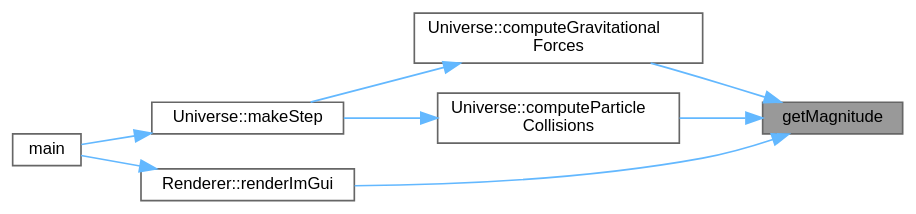
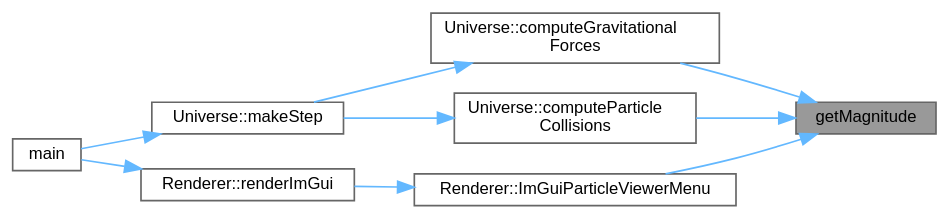
Before and after one commit to Kojittsu/Particles_Simulation: the diagram in docs/array_8cpp_a0937c26777921806631f5150d92e03f8_icgraph.dot, drawn with Graphviz. The commit also changed 55 other files, not shown here.

```diff
--- a/docs/array_8cpp_a0937c26777921806631f5150d92e03f8_icgraph.dot
+++ b/docs/array_8cpp_a0937c26777921806631f5150d92e03f8_icgraph.dot
@@ -1,21 +1,23 @@
 digraph "getMagnitude"
 {
  // LATEX_PDF_SIZE
   bgcolor="transparent";
   edge [fontname=Helvetica,fontsize=10,labelfontname=Helvetica,labelfontsize=10];
   node [fontname=Helvetica,fontsize=10,shape=box,height=0.2,width=0.4];
   rankdir="RL";
   Node1 [id="Node000001",label="getMagnitude",height=0.2,width=0.4,color="gray40", fillcolor="grey60", style="filled", fontcolor="black",tooltip=" "];
   Node1 -> Node2 [id="edge1_Node000001_Node000002",dir="back",color="steelblue1",style="solid",tooltip=" "];
   Node2 [id="Node000002",label="Universe::computeGravitational\lForces",height=0.2,width=0.4,color="grey40", fillcolor="white", style="filled",URL="$classUniverse.html#aed966ac7972d125fe78e243a835c2695",tooltip="Computes and applies gravitational forces between all particles."];
   Node2 -> Node3 [id="edge2_Node000002_Node000003",dir="back",color="steelblue1",style="solid",tooltip=" "];
   Node3 [id="Node000003",label="Universe::makeStep",height=0.2,width=0.4,color="grey40", fillcolor="white", style="filled",URL="$classUniverse.html#a76eb413d0e5e74f293d40a9a89605ebd",tooltip="Makes a simulation step."];
   Node3 -> Node4 [id="edge3_Node000003_Node000004",dir="back",color="steelblue1",style="solid",tooltip=" "];
   Node4 [id="Node000004",label="main",height=0.2,width=0.4,color="grey40", fillcolor="white", style="filled",URL="$main_8cpp.html#a0ddf1224851353fc92bfbff6f499fa97",tooltip=" "];
   Node1 -> Node5 [id="edge4_Node000001_Node000005",dir="back",color="steelblue1",style="solid",tooltip=" "];
   Node5 [id="Node000005",label="Universe::computeParticle\lCollisions",height=0.2,width=0.4,color="grey40", fillcolor="white", style="filled",URL="$classUniverse.html#a7b253a1bf2e81239f327609255b2f1d8",tooltip="Computes and resolve particle collisions between all particles."];
   Node5 -> Node3 [id="edge5_Node000005_Node000003",dir="back",color="steelblue1",style="solid",tooltip=" "];
   Node1 -> Node6 [id="edge6_Node000001_Node000006",dir="back",color="steelblue1",style="solid",tooltip=" "];
-  Node6 [id="Node000006",label="Renderer::renderImGui",height=0.2,width=0.4,color="grey40", fillcolor="white", style="filled",URL="$classRenderer.html#ac606d439bdc8f139f40b8ef1a1e18ea8",tooltip="Render Dear ImGui."];
-  Node6 -> Node4 [id="edge7_Node000006_Node000004",dir="back",color="steelblue1",style="solid",tooltip=" "];
+  Node6 [id="Node000006",label="Renderer::ImGuiParticleViewerMenu",height=0.2,width=0.4,color="grey40", fillcolor="white", style="filled",URL="$classRenderer.html#a1619af7af1f17eca1717f1b6acf22270",tooltip="Render particles viewer ImGui menu."];
+  Node6 -> Node7 [id="edge7_Node000006_Node000007",dir="back",color="steelblue1",style="solid",tooltip=" "];
+  Node7 [id="Node000007",label="Renderer::renderImGui",height=0.2,width=0.4,color="grey40", fillcolor="white", style="filled",URL="$classRenderer.html#ac606d439bdc8f139f40b8ef1a1e18ea8",tooltip="Render Dear ImGui."];
+  Node7 -> Node4 [id="edge8_Node000007_Node000004",dir="back",color="steelblue1",style="solid",tooltip=" "];
 }
```
